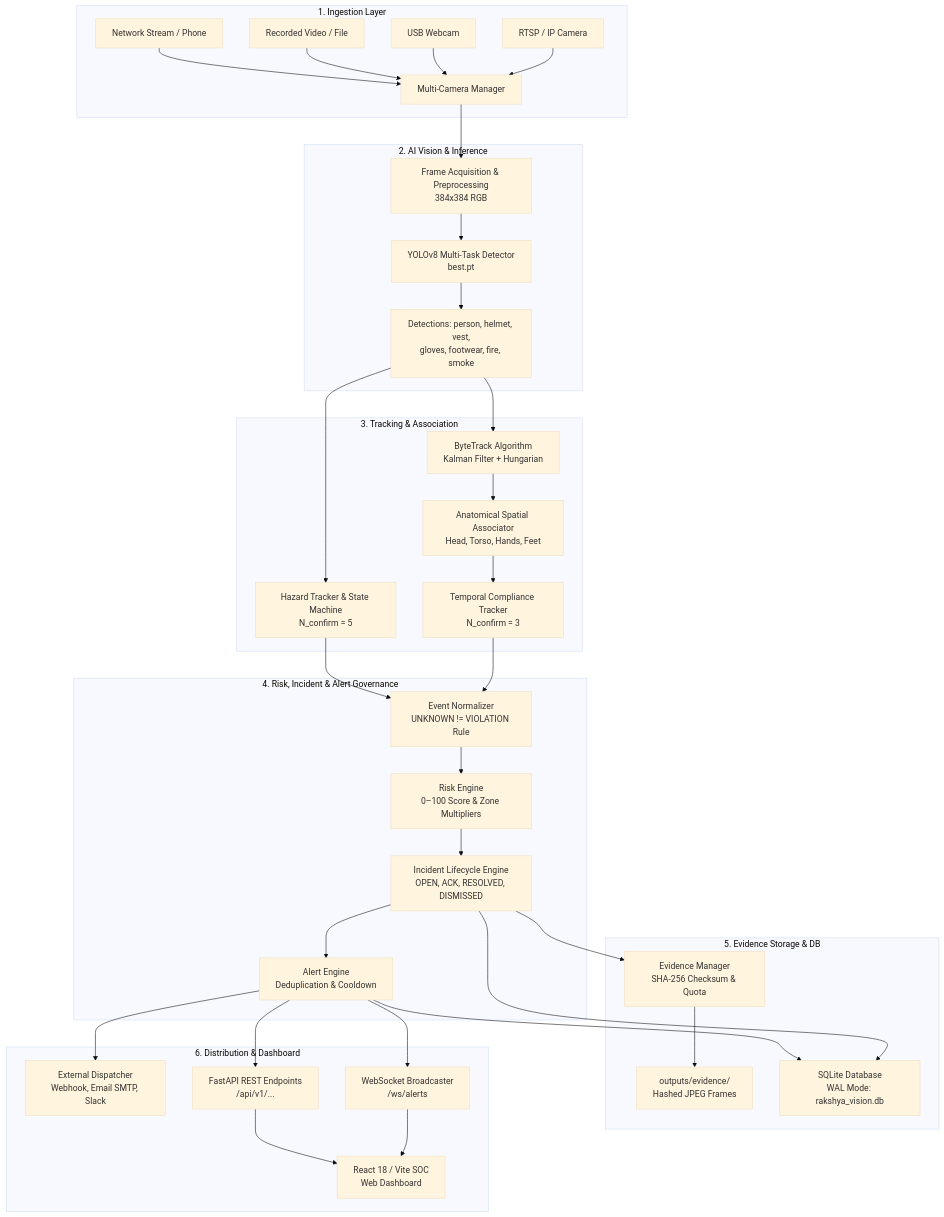
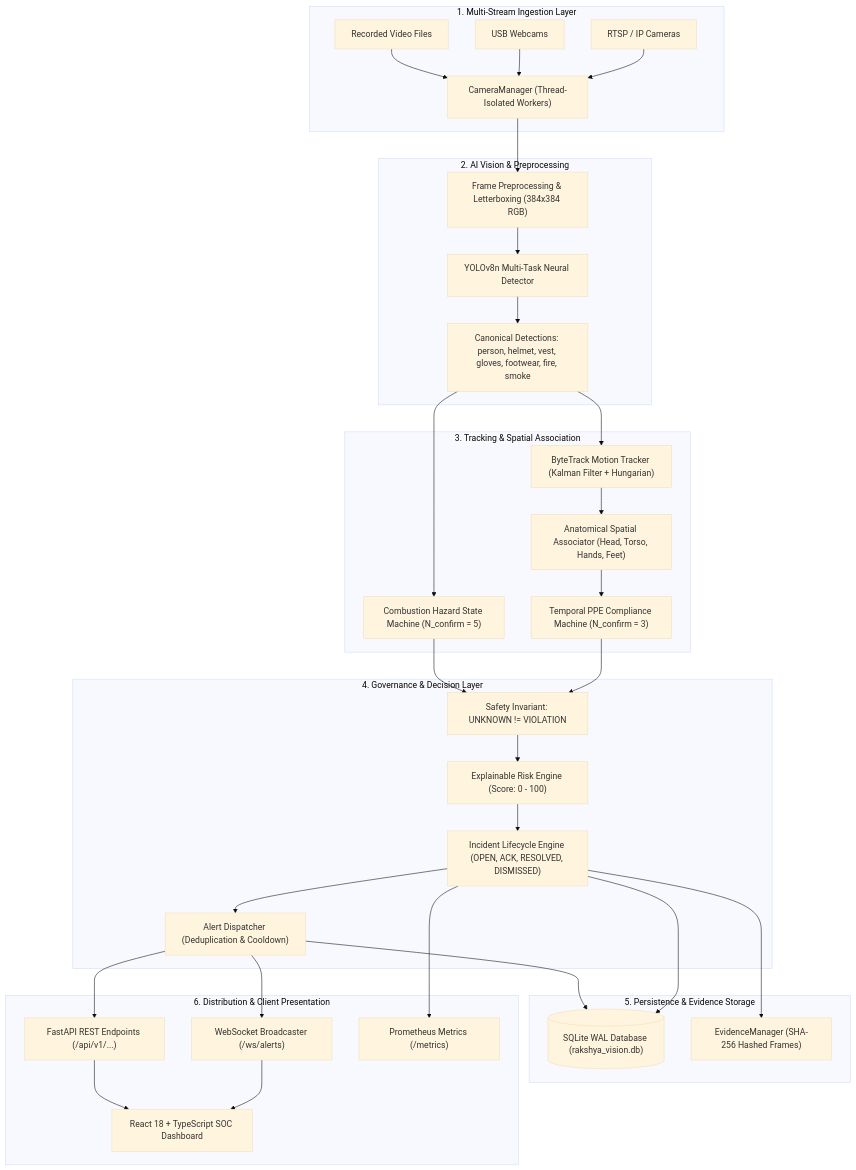
The first of 5 diagrams in README.md (SMRU08/SafeSync), drawn with Mermaid (base theme) before and after one commit. The commit also changed other lines of this file, not shown here.

````diff
--- a/README.md
+++ b/README.md
@@ -58,69 +80,64 @@
 ```mermaid
 flowchart TD
-    subgraph INGESTION["1. Ingestion Layer"]
-        C1["RTSP / IP Camera"]
-        C2["USB Webcam"]
-        C3["Recorded Video / File"]
-        C4["Network Stream / Phone"]
-        CM["Multi-Camera Manager"]
-        C1 --> CM
-        C2 --> CM
-        C3 --> CM
-        C4 --> CM
+    subgraph INGESTION["1. Multi-Stream Ingestion Layer"]
+        CAM_RTSP["RTSP / IP Cameras"]
+        CAM_USB["USB Webcams"]
+        CAM_FILE["Recorded Video Files"]
+        MGR["CameraManager (Thread-Isolated Workers)"]
+        CAM_RTSP --> MGR
+        CAM_USB --> MGR
+        CAM_FILE --> MGR
     end
 
-    subgraph VISION["2. AI Vision & Inference"]
-        PRE["Frame Acquisition & Preprocessing<br>384x384 RGB"]
-        YOLO["YOLOv8 Multi-Task Detector<br>best.pt"]
-        DET["Detections: person, helmet, vest,<br>gloves, footwear, fire, smoke"]
+    subgraph INFERENCE["2. AI Vision & Preprocessing"]
+        PRE["Frame Preprocessing & Letterboxing (384x384 RGB)"]
+        YOLO["YOLOv8n Multi-Task Neural Detector"]
+        DETS["Canonical Detections: person, helmet, vest, gloves, footwear, fire, smoke"]
+        MGR --> PRE
         PRE --> YOLO
-        YOLO --> DET
+        YOLO --> DETS
     end
 
-    subgraph TRACKING["3. Tracking & Association"]
-        BT["ByteTrack Algorithm<br>Kalman Filter + Hungarian"]
-        ANAT["Anatomical Spatial Associator<br>Head, Torso, Hands, Feet"]
-        TEMP_PPE["Temporal Compliance Tracker<br>N_confirm = 3"]
-        TEMP_HAZ["Hazard Tracker & State Machine<br>N_confirm = 5"]
-        BT --> ANAT
-        ANAT --> TEMP_PPE
+    subgraph TRACKING_ASSOC["3. Tracking & Spatial Association"]
+        TRACK["ByteTrack Motion Tracker (Kalman Filter + Hungarian)"]
+        ASSOC["Anatomical Spatial Associator (Head, Torso, Hands, Feet)"]
+        TEMP_PPE["Temporal PPE Compliance Machine (N_confirm = 3)"]
+        TEMP_HAZ["Combustion Hazard State Machine (N_confirm = 5)"]
+        DETS --> TRACK
+        TRACK --> ASSOC
+        ASSOC --> TEMP_PPE
+        DETS --> TEMP_HAZ
     end
 
-    subgraph RISK_ALERT["4. Risk, Incident & Alert Governance"]
-        NORM["Event Normalizer<br>UNKNOWN != VIOLATION Rule"]
-        RISK["Risk Engine<br>0–100 Score & Zone Multipliers"]
-        INC["Incident Lifecycle Engine<br>OPEN, ACK, RESOLVED, DISMISSED"]
-        ALERT["Alert Engine<br>Deduplication & Cooldown"]
+    subgraph GOVERNANCE["4. Governance & Decision Layer"]
+        NORM["Safety Invariant: UNKNOWN != VIOLATION"]
+        RISK["Explainable Risk Engine (Score: 0 - 100)"]
+        INC["Incident Lifecycle Engine (OPEN, ACK, RESOLVED, DISMISSED)"]
+        ALERT["Alert Dispatcher (Deduplication & Cooldown)"]
+        TEMP_PPE --> NORM
+        TEMP_HAZ --> NORM
         NORM --> RISK
         RISK --> INC
         INC --> ALERT
     end
 
-    subgraph EVIDENCE["5. Evidence Storage & DB"]
-        EV_MGR["Evidence Manager<br>SHA-256 Checksum & Quota"]
-        EV_DISK["outputs/evidence/<br>Hashed JPEG Frames"]
-        DB["SQLite Database<br>WAL Mode: rakshya_vision.db"]
-        EV_MGR --> EV_DISK
+    subgraph PERSISTENCE["5. Persistence & Evidence Storage"]
+        DB[("SQLite WAL Database (rakshya_vision.db)")]
+        EVID["EvidenceManager (SHA-256 Hashed Frames)"]
+        INC --> DB
+        ALERT --> DB
+        INC --> EVID
     end
 
-    subgraph PRESENTATION["6. Distribution & Dashboard"]
-        EXT["External Dispatcher<br>Webhook, Email SMTP, Slack"]
-        WS["WebSocket Broadcaster<br>/ws/alerts"]
-        REST["FastAPI REST Endpoints<br>/api/v1/..."]
-        SOC["React 18 / Vite SOC<br>Web Dashboard"]
+    subgraph PRESENTATION["6. Distribution & Client Presentation"]
+        REST["FastAPI REST Endpoints (/api/v1/...)"]
+        WS["WebSocket Broadcaster (/ws/alerts)"]
+        DASH["React 18 + TypeScript SOC Dashboard"]
+        PROM["Prometheus Metrics (/metrics)"]
+        ALERT --> WS
+        ALERT --> REST
+        WS --> DASH
+        REST --> DASH
+        INC --> PROM
     end
-
-    CM --> PRE
-    DET --> BT
-    DET --> TEMP_HAZ
-    TEMP_PPE --> NORM
-    TEMP_HAZ --> NORM
-    INC --> EV_MGR
-    INC --> DB
-    ALERT --> DB
-    ALERT --> EXT
-    ALERT --> WS
-    ALERT --> REST
-    WS --> SOC
-    REST --> SOC
 ```
````
